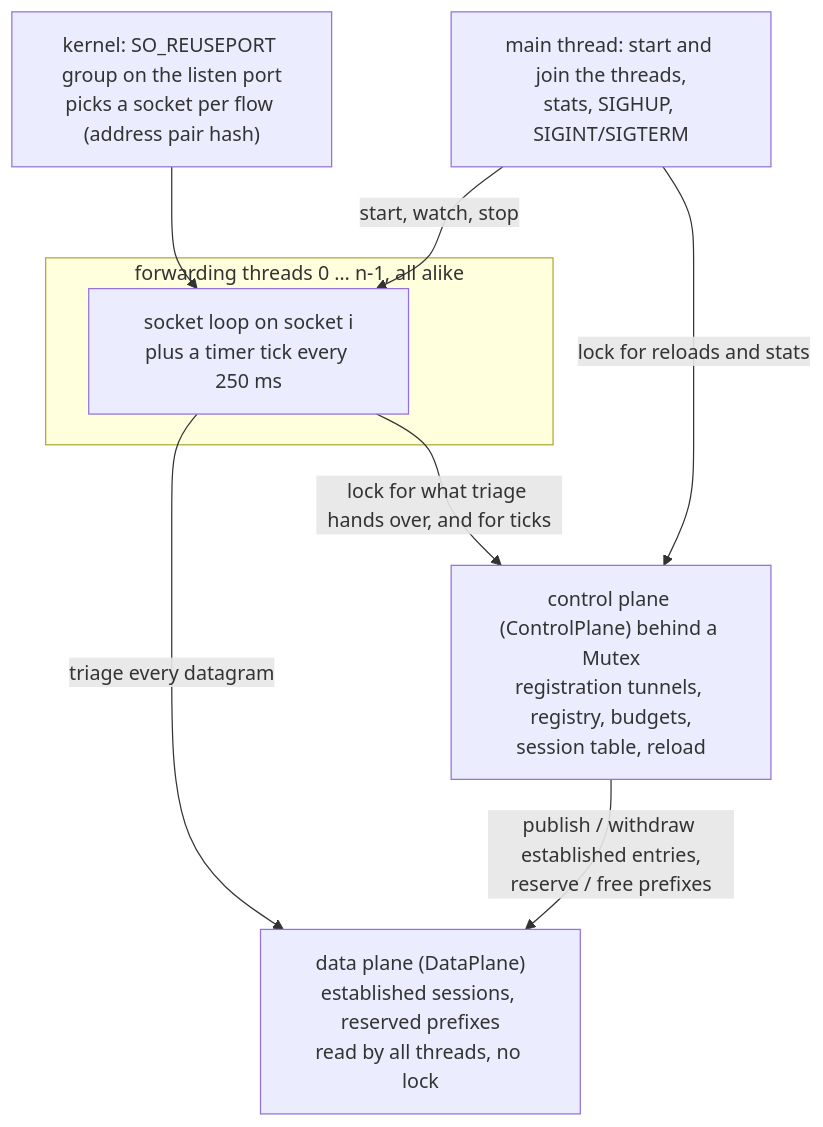
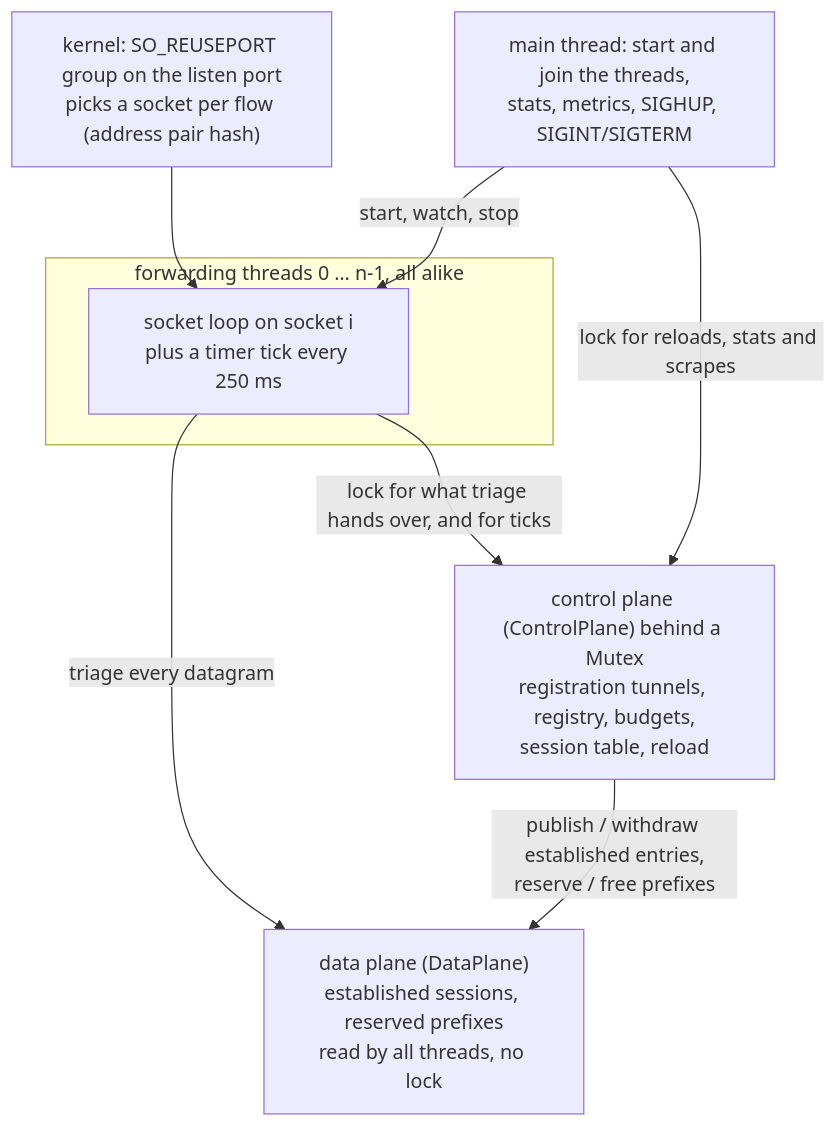
One commit to 3alpha/wg-relay changed the eighth of 23 diagrams in docs/how-it-works.md. Above: the diagram before and after it, drawn with Mermaid. The commit also changed other lines of this file and 48 other files, not shown here.

````diff
--- a/docs/how-it-works.md
+++ b/docs/how-it-works.md
@@ -326,16 +326,16 @@
 ```mermaid
 flowchart TB
     K["kernel: SO_REUSEPORT group on the listen port<br/>picks a socket per flow (address pair hash)"]
     subgraph threads["forwarding threads 0 … n-1, all alike"]
         L["socket loop on socket i<br/>plus a timer tick every 250 ms"]
     end
-    M["main thread: start and join the threads,<br/>stats, SIGHUP, SIGINT/SIGTERM"]
+    M["main thread: start and join the threads,<br/>stats, metrics, SIGHUP, SIGINT/SIGTERM"]
     F["data plane (DataPlane)<br/>established sessions, reserved prefixes<br/>read by all threads, no lock"]
     C["control plane (ControlPlane) behind a Mutex<br/>registration tunnels, registry, budgets,<br/>session table, reload"]
     K --> L
     L -- "triage every datagram" --> F
     L -- "lock for what triage hands over, and for ticks" --> C
-    M -- "lock for reloads and stats" --> C
+    M -- "lock for reloads, stats and scrapes" --> C
     M -- "start, watch, stop" --> L
     C -- "publish / withdraw established entries,<br/>reserve / free prefixes" --> F
 ```
````
